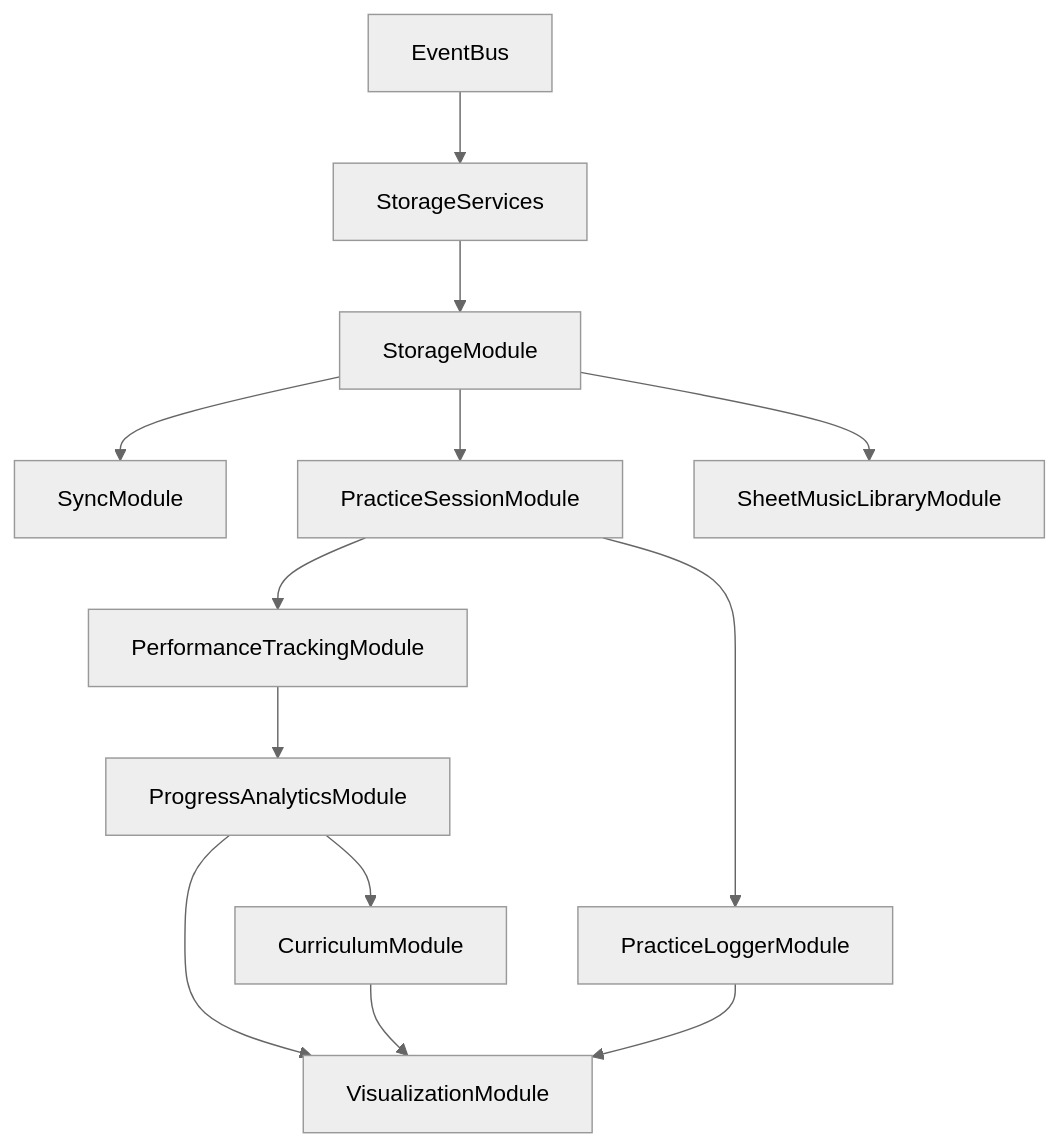
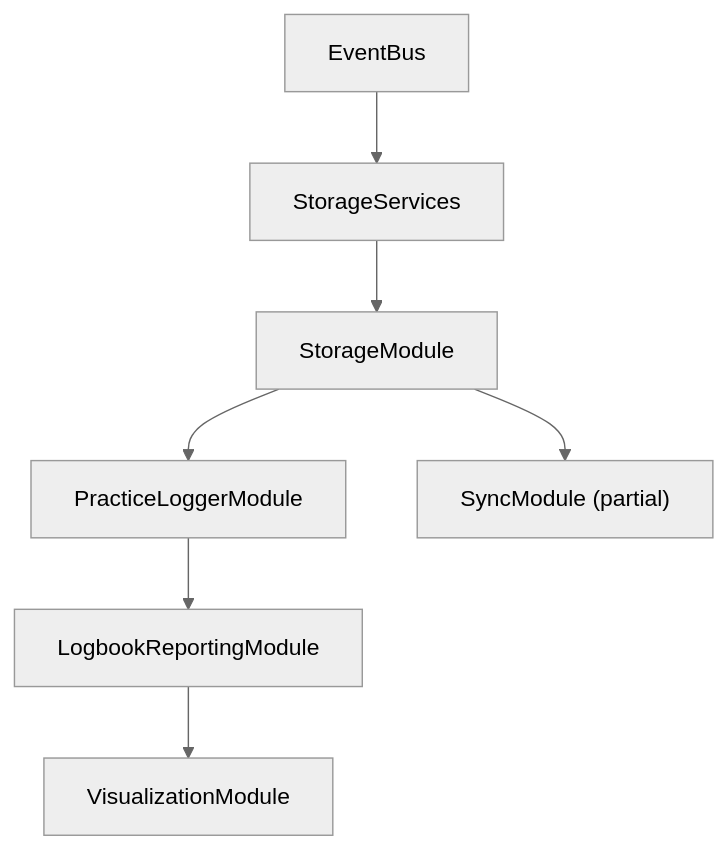
The diagram in docs/DESIGN.md (pezware/mirubato), drawn with Mermaid (neutral theme) before and after one commit. The commit also changed other lines of this file and 2 other files, not shown here.

First line of the commit message:
docs: update DESIGN.md to reflect current architecture

````diff
--- a/docs/DESIGN.md
+++ b/docs/DESIGN.md
@@ -223,15 +233,9 @@
 ```mermaid
 graph TD
     EventBus --> StorageServices
     StorageServices --> StorageModule
-    StorageModule --> SyncModule
-    StorageModule --> PracticeSessionModule
-    StorageModule --> SheetMusicLibraryModule
-    PracticeSessionModule --> PerformanceTrackingModule
-    PerformanceTrackingModule --> ProgressAnalyticsModule
-    ProgressAnalyticsModule --> CurriculumModule
-    PracticeSessionModule --> PracticeLoggerModule
-    ProgressAnalyticsModule --> VisualizationModule
-    CurriculumModule --> VisualizationModule
-    PracticeLoggerModule --> VisualizationModule
+    StorageModule --> PracticeLoggerModule
+    PracticeLoggerModule --> LogbookReportingModule
+    LogbookReportingModule --> VisualizationModule
+    StorageModule --> SyncModule["SyncModule (partial)"]
 ```
````
